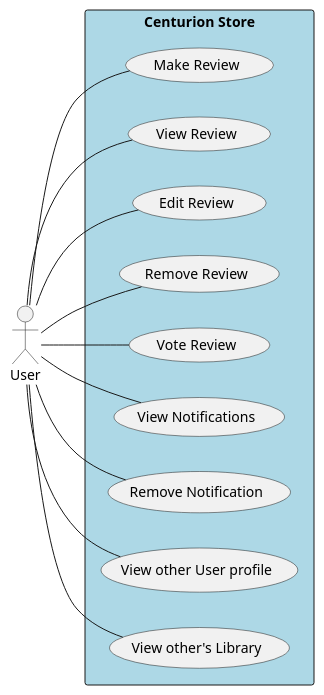
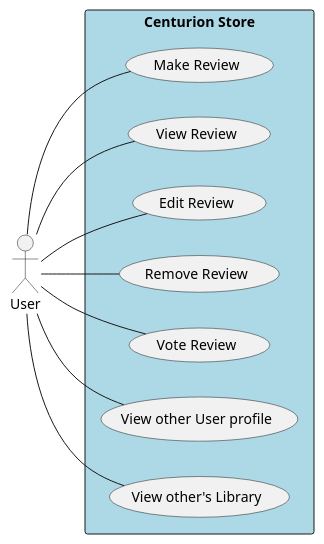
The tenth of 11 diagrams in reports/diagrams.md (PhanNTSon/prm_project), drawn with PlantUML before and after one commit. The commit also changed other lines of this file and 1 other file, not shown here.

````diff
--- a/reports/diagrams.md
+++ b/reports/diagrams.md
@@ -382,29 +368,25 @@
 ```plantuml
 @startuml
 left to right direction
 skinparam packageStyle rectangle
 actor User
 
 rectangle "Centurion Store" #LightBlue {
   usecase "Make Review" as UC20
   usecase "View Review" as UC21
   usecase "Edit Review" as UC22
   usecase "Remove Review" as UC23
   usecase "Vote Review" as UC24
-  usecase "View Notifications" as UC25
-  usecase "Remove Notification" as UC26
   usecase "View other User profile" as UC27
   usecase "View other's Library" as UC28
 }
 
 User -- UC20
 User -- UC21
 User -- UC22
 User -- UC23
 User -- UC24
-User -- UC25
-User -- UC26
 User -- UC27
 User -- UC28
 @enduml
 ```
````
